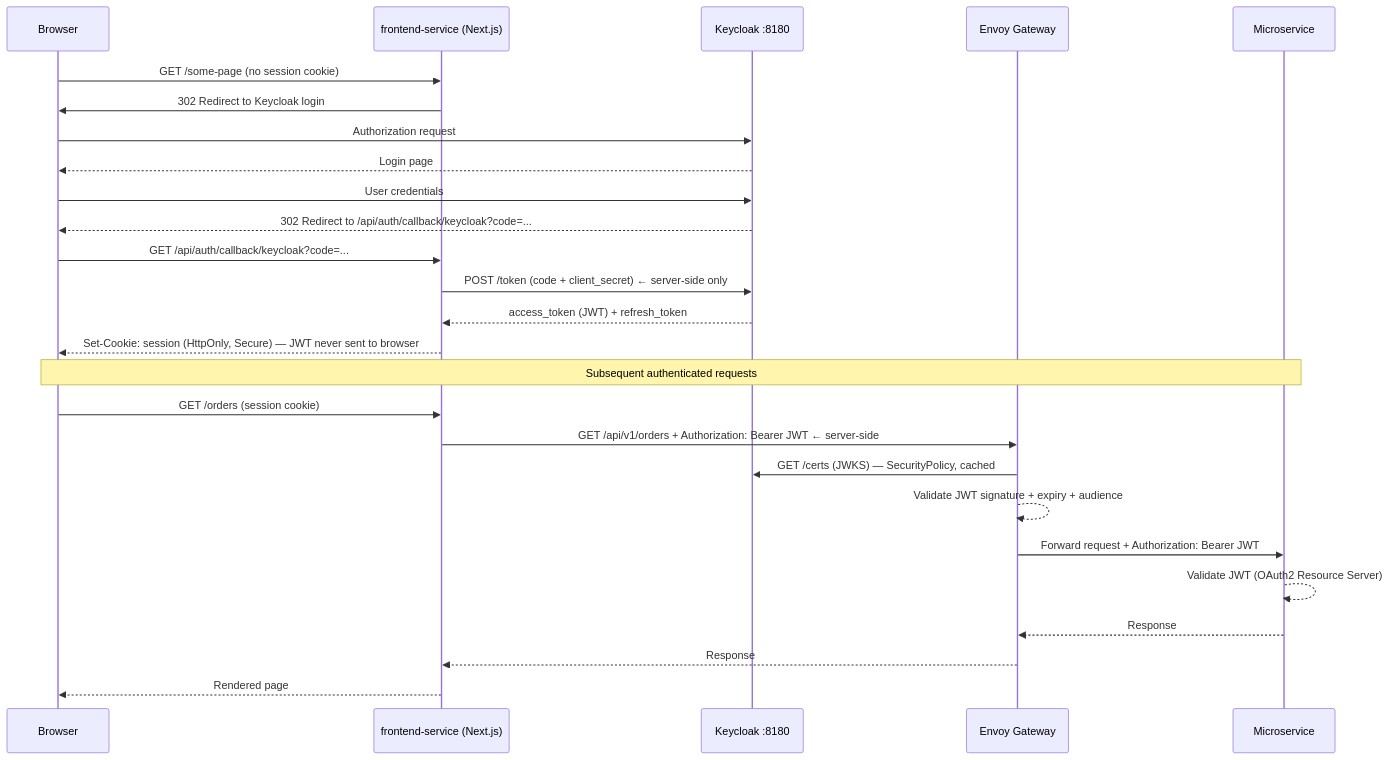
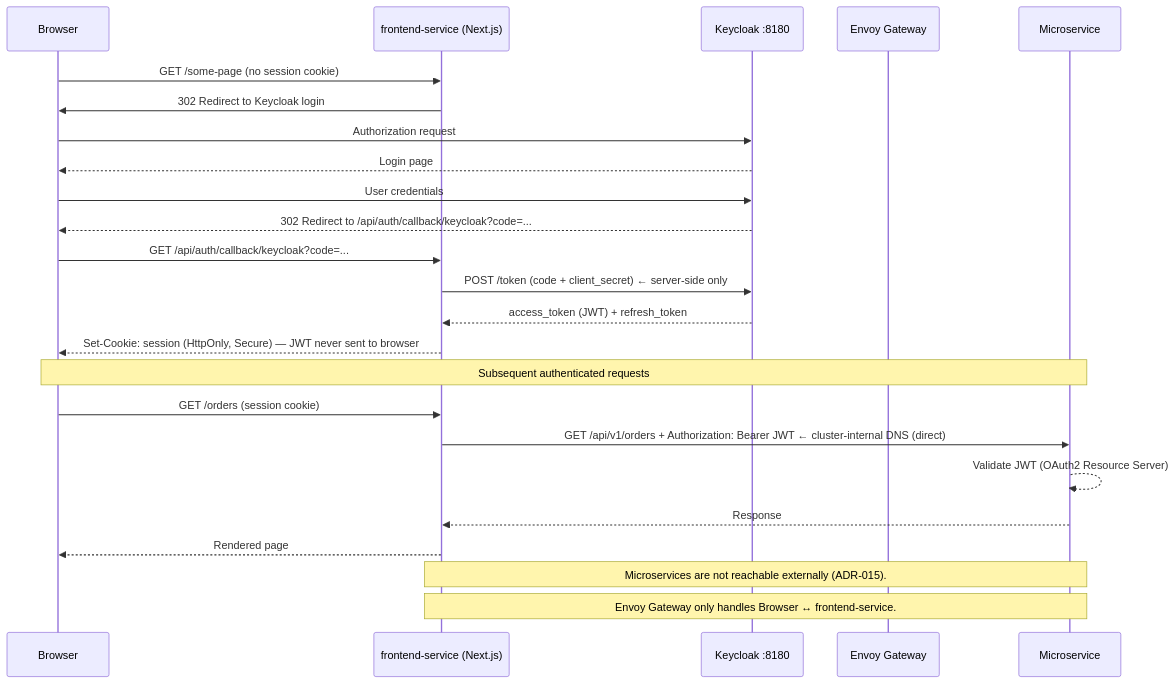
Before and after one commit to ricsanfre/spring-microservices-otel-k8s: the second of 6 diagrams in README.md, drawn with Mermaid. The commit also changed other lines of this file and 5 other files, not shown here.

````diff
--- a/README.md
+++ b/README.md
@@ -145,30 +143,29 @@
 ```mermaid
 sequenceDiagram
     participant B as Browser
     participant FE as frontend-service (Next.js)
     participant KC as Keycloak :8180
     participant EG as Envoy Gateway
     participant SVC as Microservice
 
     B->>FE: GET /some-page (no session cookie)
     FE->>B: 302 Redirect to Keycloak login
     B->>KC: Authorization request
     KC-->>B: Login page
     B->>KC: User credentials
     KC-->>B: 302 Redirect to /api/auth/callback/keycloak?code=...
     B->>FE: GET /api/auth/callback/keycloak?code=...
     FE->>KC: POST /token (code + client_secret) ← server-side only
     KC-->>FE: access_token (JWT) + refresh_token
     FE-->>B: Set-Cookie: session (HttpOnly, Secure) — JWT never sent to browser
 
     Note over B,SVC: Subsequent authenticated requests
     B->>FE: GET /orders (session cookie)
-    FE->>EG: GET /api/v1/orders + Authorization: Bearer JWT ← server-side
-    EG->>KC: GET /certs (JWKS) — SecurityPolicy, cached
-    EG-->>EG: Validate JWT signature + expiry + audience
-    EG->>SVC: Forward request + Authorization: Bearer JWT
+    FE->>SVC: GET /api/v1/orders + Authorization: Bearer JWT ← cluster-internal DNS (direct)
     SVC-->>SVC: Validate JWT (OAuth2 Resource Server)
-    SVC-->>EG: Response
-    EG-->>FE: Response
+    SVC-->>FE: Response
     FE-->>B: Rendered page
+
+    Note over FE,SVC: Microservices are not reachable externally (ADR-015).
+    Note over FE,SVC: Envoy Gateway only handles Browser ↔ frontend-service.
 ```
````
